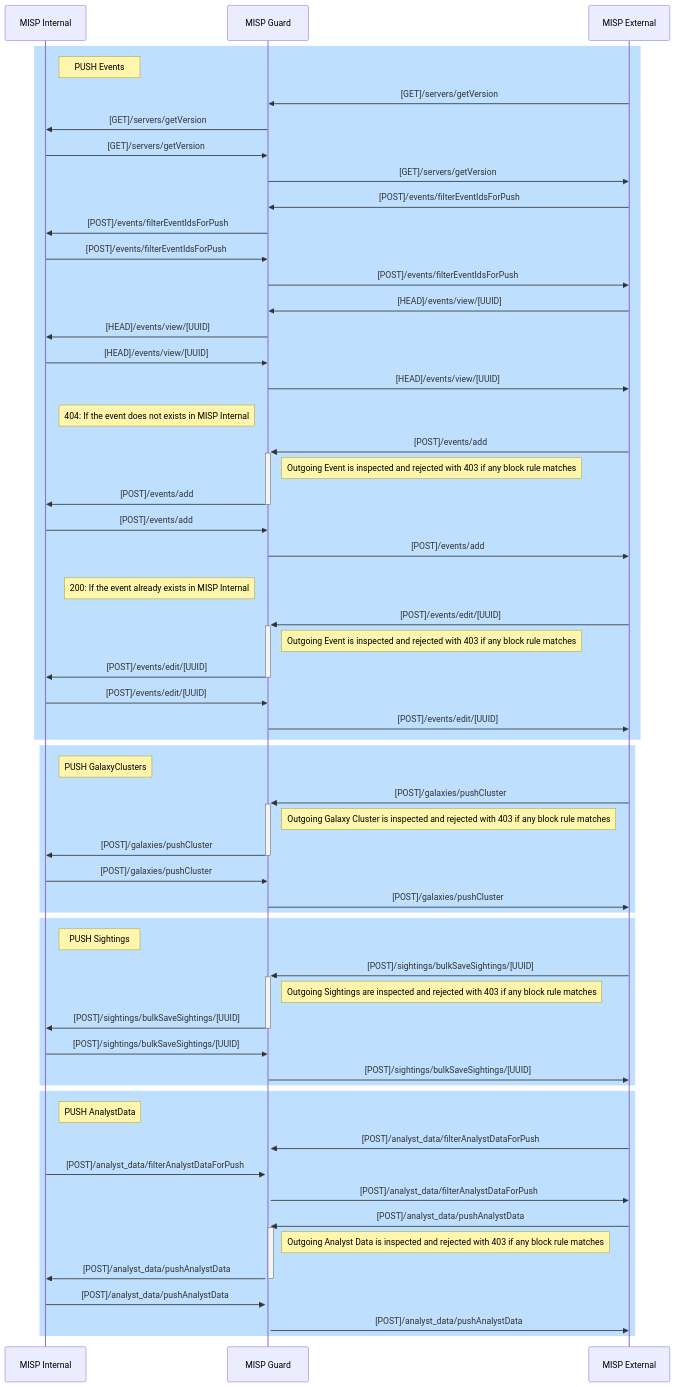
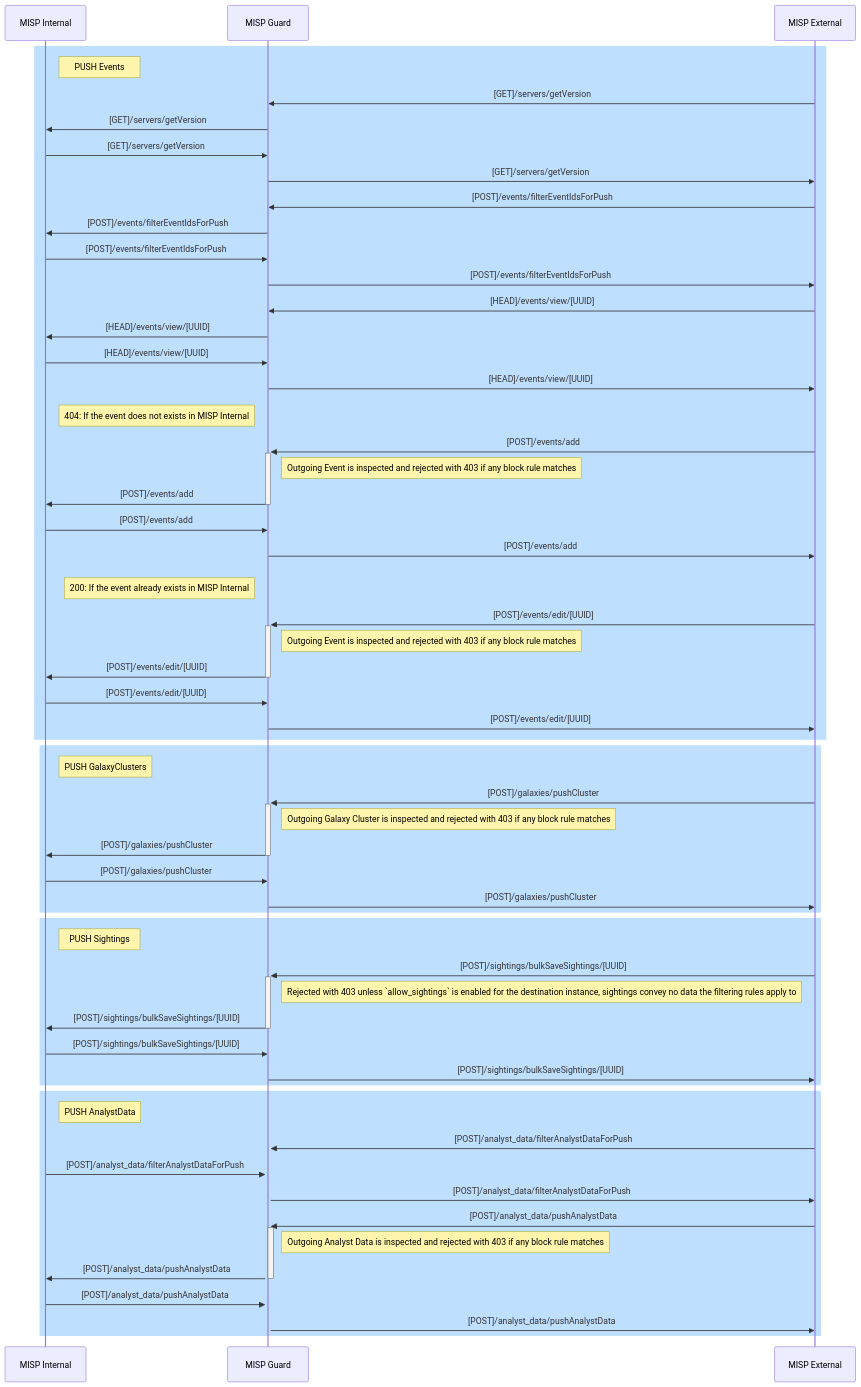
The second of 5 diagrams in docs/Common Criteria EAL 2 Evaluation.md (MISP/misp-guard), drawn with Mermaid before and after one commit. The commit also changed other lines of this file and 6 other files, not shown here.

First line of the commit message:
chg: [breaking] sightings synchronization requires the allow_sightings setting

````diff
--- a/docs/Common Criteria EAL 2 Evaluation.md
+++ b/docs/Common Criteria EAL 2 Evaluation.md
@@ -897,74 +904,74 @@
 ```mermaid
 sequenceDiagram
     participant MISP Internal 
     participant MISP Guard
     participant MISP External
 
     rect rgb(191, 223, 255)
     note right of MISP Internal: PUSH Events 
 
     MISP External->>MISP Guard: [GET]/servers/getVersion
     MISP Guard->>MISP Internal: [GET]/servers/getVersion
     MISP Internal->>MISP Guard: [GET]/servers/getVersion
     MISP Guard->>MISP External: [GET]/servers/getVersion
 
     MISP External->>MISP Guard: [POST]/events/filterEventIdsForPush
     MISP Guard->>MISP Internal: [POST]/events/filterEventIdsForPush
     MISP Internal->>MISP Guard: [POST]/events/filterEventIdsForPush
     MISP Guard->>MISP External: [POST]/events/filterEventIdsForPush
     
     MISP External->>MISP Guard: [HEAD]/events/view/[UUID]
     MISP Guard->>MISP Internal: [HEAD]/events/view/[UUID]
     MISP Internal->>MISP Guard: [HEAD]/events/view/[UUID]
     MISP Guard->>MISP External: [HEAD]/events/view/[UUID]
     
     rect rgb(191, 223, 255)
     note left of MISP Guard: 404: If the event does not exists in MISP Internal
     MISP External->>+MISP Guard: [POST]/events/add
     note right of MISP Guard: Outgoing Event is inspected and rejected with 403 if any block rule matches
     MISP Guard->>-MISP Internal: [POST]/events/add
     MISP Internal->>MISP Guard: [POST]/events/add
     MISP Guard->>MISP External: [POST]/events/add
     end
 
     rect rgb(191, 223, 255)
     note left of MISP Guard: 200: If the event already exists in MISP Internal
     MISP External->>+MISP Guard: [POST]/events/edit/[UUID]
     note right of MISP Guard: Outgoing Event is inspected and rejected with 403 if any block rule matches
     MISP Guard->>-MISP Internal: [POST]/events/edit/[UUID]
     MISP Internal->>MISP Guard: [POST]/events/edit/[UUID]
     MISP Guard->>MISP External: [POST]/events/edit/[UUID]
     end
     end 
 
     rect rgb(191, 223, 255)
     note right of MISP Internal: PUSH GalaxyClusters
     MISP External->>+MISP Guard: [POST]/galaxies/pushCluster
     note right of MISP Guard: Outgoing Galaxy Cluster is inspected and rejected with 403 if any block rule matches
     MISP Guard->>-MISP Internal: [POST]/galaxies/pushCluster
     MISP Internal->>MISP Guard: [POST]/galaxies/pushCluster
     MISP Guard->>MISP External: [POST]/galaxies/pushCluster
     end
 
     rect rgb(191, 223, 255)
     note right of MISP Internal: PUSH Sightings
     MISP External->>+MISP Guard: [POST]/sightings/bulkSaveSightings/[UUID]
-    note right of MISP Guard: Outgoing Sightings are inspected and rejected with 403 if any block rule matches
+    note right of MISP Guard: Rejected with 403 unless `allow_sightings` is enabled for the destination instance, sightings convey no data the filtering rules apply to
     MISP Guard->>-MISP Internal: [POST]/sightings/bulkSaveSightings/[UUID]
     MISP Internal->>MISP Guard: [POST]/sightings/bulkSaveSightings/[UUID]
     MISP Guard->>MISP External: [POST]/sightings/bulkSaveSightings/[UUID]
     end
     
     rect rgb(191, 223, 255)
     note right of MISP Internal: PUSH AnalystData
     MISP External->>+MISP Guard: [POST]/analyst_data/filterAnalystDataForPush
     MISP Internal->>MISP Guard: [POST]/analyst_data/filterAnalystDataForPush
     MISP Guard->>MISP External: [POST]/analyst_data/filterAnalystDataForPush
 
     MISP External->>+MISP Guard: [POST]/analyst_data/pushAnalystData
     note right of MISP Guard: Outgoing Analyst Data is inspected and rejected with 403 if any block rule matches
     MISP Guard->>-MISP Internal: [POST]/analyst_data/pushAnalystData
     MISP Internal->>MISP Guard: [POST]/analyst_data/pushAnalystData
     MISP Guard->>MISP External: [POST]/analyst_data/pushAnalystData
     end
 ```
````
